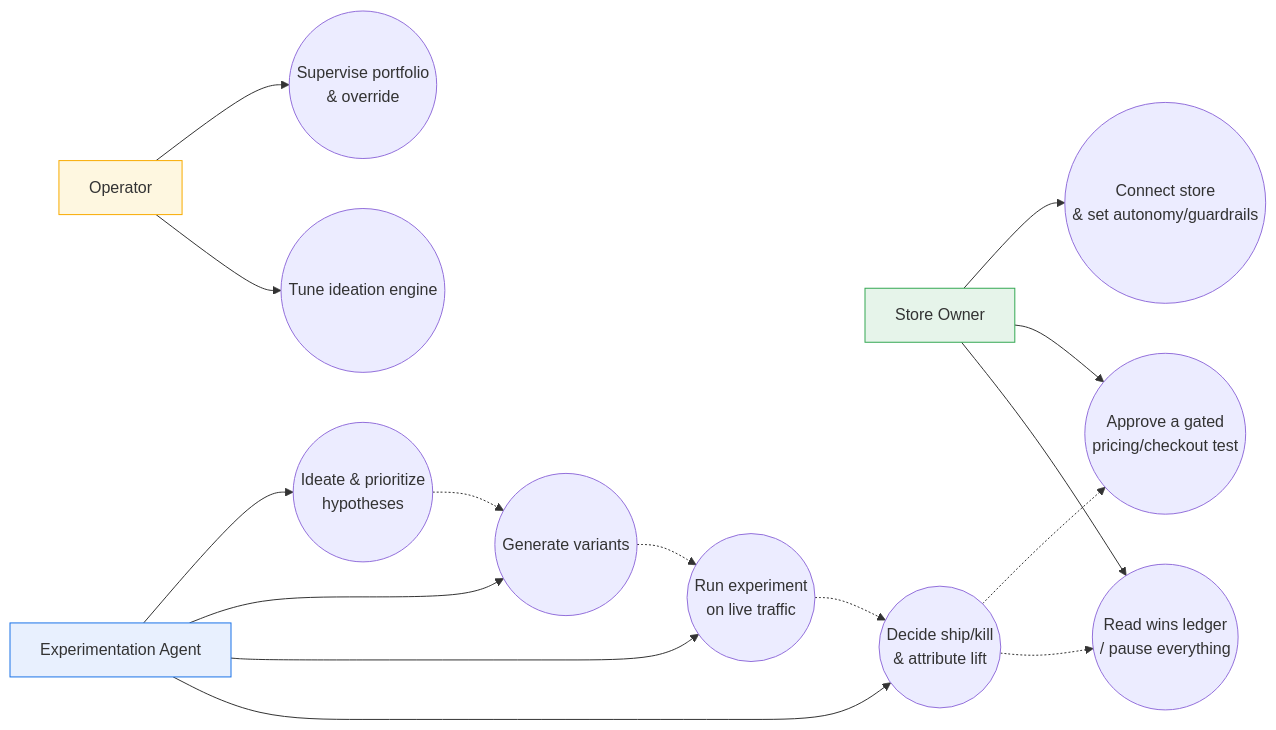
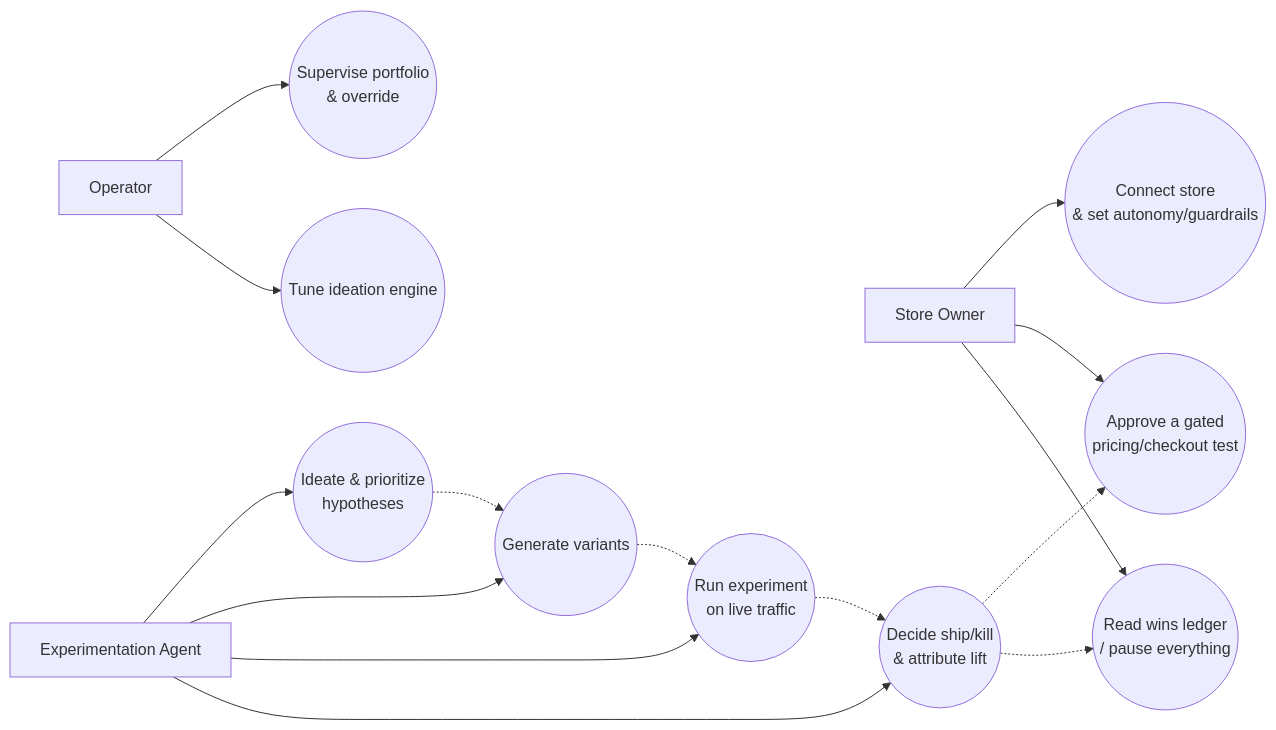
Before and after one commit to omars-lab/omars-lab.github.io: diagram 12 of 15 in bytesofpurpose-blog/designs/2026-06-22-self-healing-storefront.mdx, drawn with Mermaid. The commit also changed other lines of this file and 6 other files, not shown here.

First line of the commit message:
feat(designs): on-brand mermaid theme + dark-mode-adaptive diagrams

````diff
--- a/bytesofpurpose-blog/designs/2026-06-22-self-healing-storefront.mdx
+++ b/bytesofpurpose-blog/designs/2026-06-22-self-healing-storefront.mdx
@@ -798,24 +770,21 @@
 ```mermaid
 graph LR
     OWNER[Store Owner]
     OP[Operator]
     AGENT[Experimentation Agent]
 
     OWNER --> UC1((Connect store<br/>& set autonomy/guardrails))
     OWNER --> UC2((Approve a gated<br/>pricing/checkout test))
     OWNER --> UC3((Read wins ledger<br/>/ pause everything))
     OP --> UC4((Supervise portfolio<br/>& override))
     OP --> UC5((Tune ideation engine))
     AGENT --> UC6((Ideate & prioritize<br/>hypotheses))
     AGENT --> UC7((Generate variants))
     AGENT --> UC8((Run experiment<br/>on live traffic))
     AGENT --> UC9((Decide ship/kill<br/>& attribute lift))
 
     UC6 -.-> UC7 -.-> UC8 -.-> UC9
     UC9 -.-> UC2
     UC9 -.-> UC3
 
-    style OWNER fill:#e6f4ea,stroke:#34a853
-    style OP fill:#fef7e0,stroke:#f9ab00
-    style AGENT fill:#e8f0fe,stroke:#1a73e8
 ```
````
